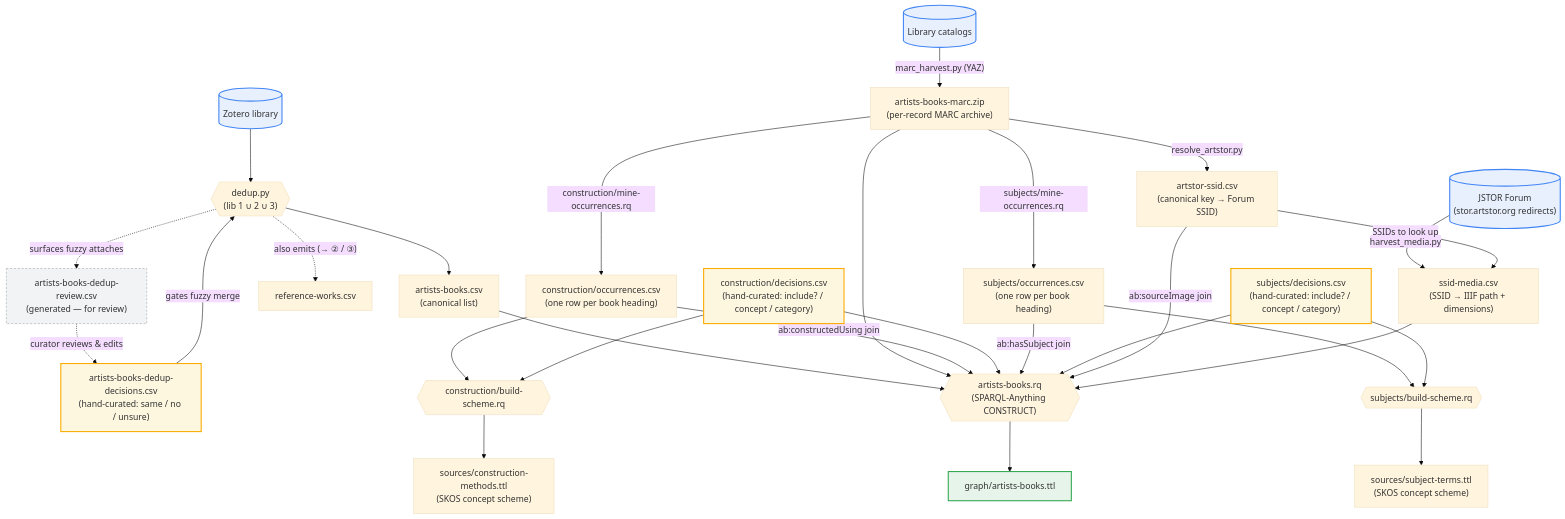
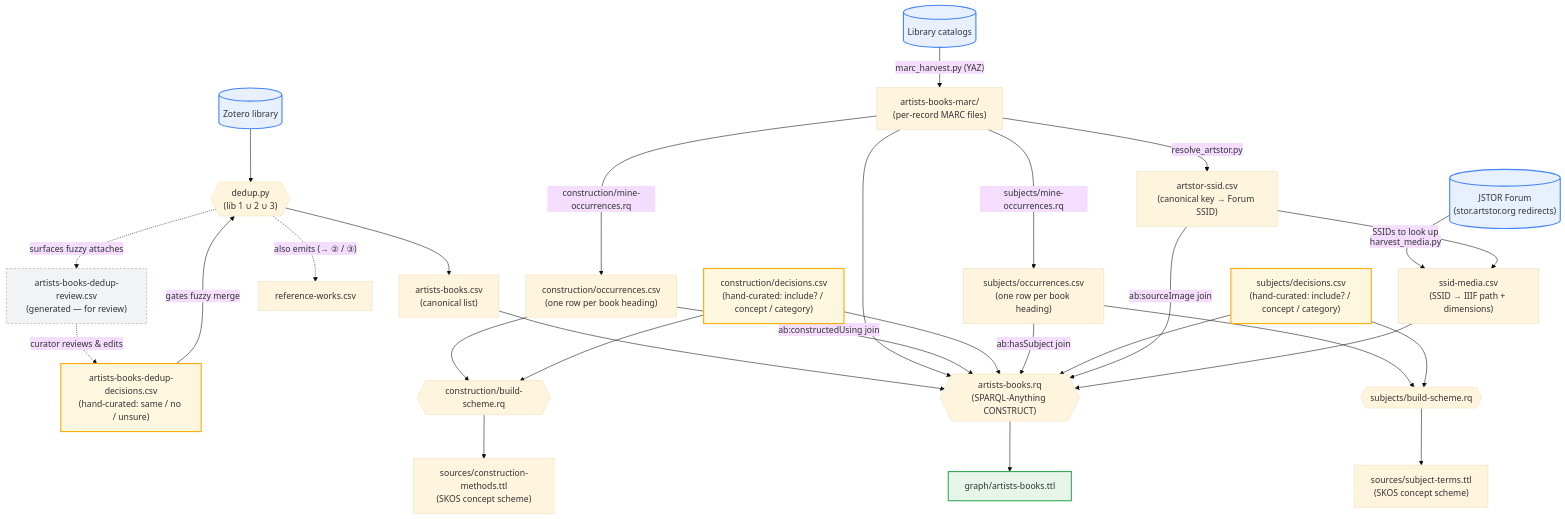
The second of 5 diagrams in docs/PIPELINE.md (dkglab/artists-books), drawn with Mermaid (base theme) before and after one commit. The commit also changed other lines of this file and 5893 other files, not shown here.

````diff
--- a/docs/PIPELINE.md
+++ b/docs/PIPELINE.md
@@ -56,52 +56,52 @@
 ```mermaid
 flowchart TD
     zotero[("Zotero library")]
     catalogs[("Library catalogs")]
 
     %% ---- dedup (shared source extraction; also emits reference-works.csv) ----
     zotero --> dedup{{"dedup.py<br/>(lib 1 ∪ 2 ∪ 3)"}}
     abddec["artists-books-dedup-decisions.csv<br/>(hand-curated: same / no / unsure)"] -->|"gates fuzzy merge"| dedup
     dedup --> abcsv["artists-books.csv<br/>(canonical list)"]
     dedup -.->|"surfaces fuzzy attaches"| abdrev["artists-books-dedup-review.csv<br/>(generated — for review)"]
     abdrev -.->|"curator reviews & edits"| abddec
     dedup -.->|"also emits (→ ② / ③)"| refcsv["reference-works.csv"]
 
-    catalogs -->|"marc_harvest.py (YAZ)"| marc["artists-books-marc.zip<br/>(per-record MARC archive)"]
+    catalogs -->|"marc_harvest.py (YAZ)"| marc["artists-books-marc/<br/>(per-record MARC files)"]
 
     %% ---- construction-methods SKOS (how a book is made) ----
     marc -->|"construction/mine-occurrences.rq"| cocc["construction/occurrences.csv<br/>(one row per book heading)"]
     cocc --> cbuild{{"construction/build-scheme.rq"}}
     cdec["construction/decisions.csv<br/>(hand-curated: include? / concept / category)"] --> cbuild
     cbuild --> cmttl["sources/construction-methods.ttl<br/>(SKOS concept scheme)"]
 
     %% ---- subject-terms SKOS (what a book is about) ----
     marc -->|"subjects/mine-occurrences.rq"| socc["subjects/occurrences.csv<br/>(one row per book heading)"]
     socc --> sbuild{{"subjects/build-scheme.rq"}}
     sdec["subjects/decisions.csv<br/>(hand-curated: include? / concept / category)"] --> sbuild
     sbuild --> smttl["sources/subject-terms.ttl<br/>(SKOS concept scheme)"]
 
     %% ---- JSTOR IIIF images (what a book looks like) ----
     marc -->|"resolve_artstor.py"| assid["artstor-ssid.csv<br/>(canonical key → Forum SSID)"]
     jstor[("JSTOR Forum<br/>(stor.artstor.org redirects)")] -->|"harvest_media.py"| smedia
     assid -->|"SSIDs to look up"| smedia["ssid-media.csv<br/>(SSID → IIIF path + dimensions)"]
 
     %% ---- CONSTRUCT ----
     abcsv --> abrq{{"artists-books.rq<br/>(SPARQL-Anything CONSTRUCT)"}}
     marc --> abrq
     cocc -->|"ab:constructedUsing join"| abrq
     cdec --> abrq
     socc -->|"ab:hasSubject join"| abrq
     sdec --> abrq
     assid -->|"ab:sourceImage join"| abrq
     smedia --> abrq
     abrq --> abttl["graph/artists-books.ttl"]
 
     classDef input fill:#e8f0fe,stroke:#4285f4,stroke-width:2px;
     classDef output fill:#e6f4ea,stroke:#34a853,stroke-width:2px;
     classDef curation fill:#fef7e0,stroke:#f9ab00,stroke-width:2px;
     classDef review fill:#f1f3f4,stroke:#9aa0a6,stroke-width:1px,stroke-dasharray:4 3;
     class zotero,catalogs,jstor input;
     class abddec,cdec,sdec curation;
     class abdrev review;
     class abttl output;
 ```
````
